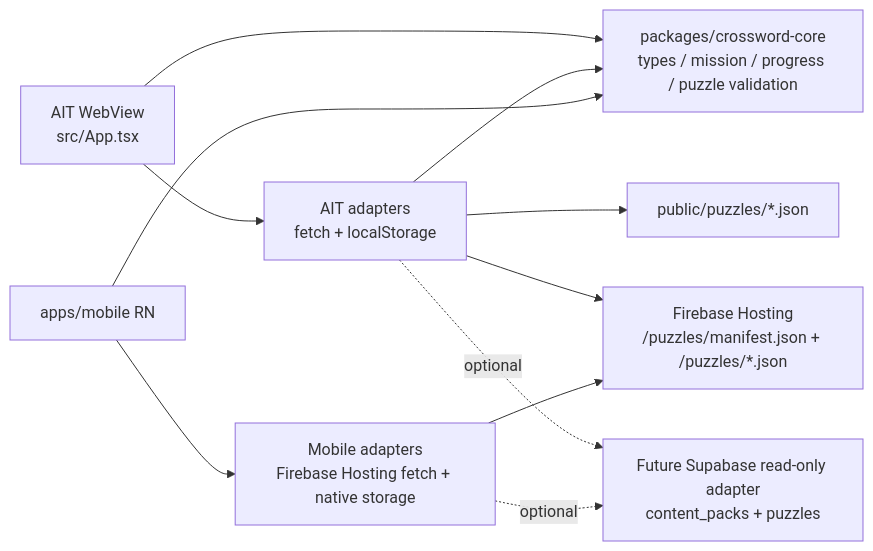
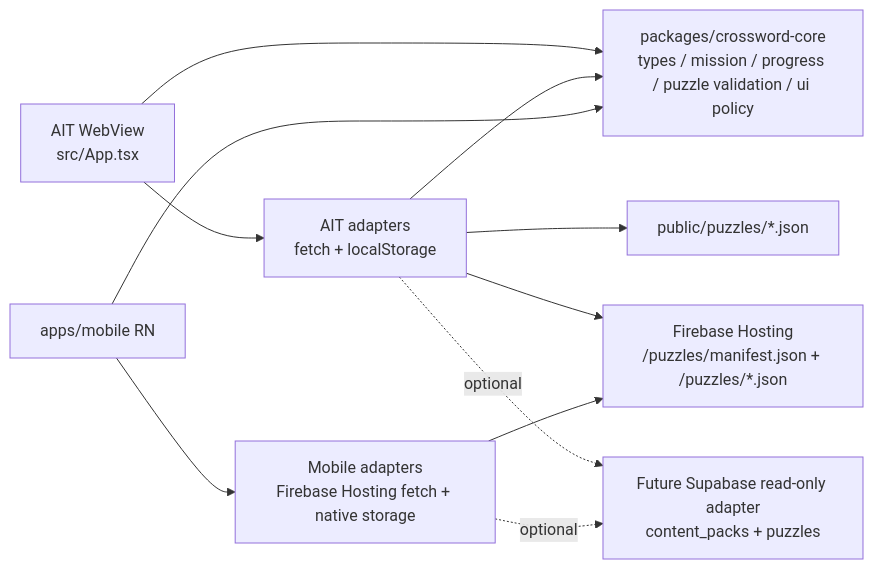
One commit to seorilabs/crossword-puzzle changed the second of 3 diagrams in docs/architecture.md. Above: the diagram before and after it, drawn with Mermaid. The commit also changed other lines of this file and 12 other files, not shown here.

````diff
--- a/docs/architecture.md
+++ b/docs/architecture.md
@@ -41,21 +41,21 @@
 ```mermaid
 flowchart LR
-  Core["packages/crossword-core<br/>types / mission / progress / puzzle validation"]
+  Core["packages/crossword-core<br/>types / mission / progress / puzzle validation / ui policy"]
   AIT["AIT WebView<br/>src/App.tsx"]
   AITAdapters["AIT adapters<br/>fetch + localStorage"]
   FirebaseHosting["Firebase Hosting<br/>/puzzles/manifest.json + /puzzles/*.json"]
   SupabaseRead["Future Supabase read-only adapter<br/>content_packs + puzzles"]
   Mobile["apps/mobile RN"]
   MobileAdapters["Mobile adapters<br/>Firebase Hosting fetch + native storage"]
 
   AIT --> Core
   AIT --> AITAdapters
   AITAdapters --> Core
   AITAdapters --> Static["public/puzzles/*.json"]
   AITAdapters --> FirebaseHosting
   AITAdapters -. optional .-> SupabaseRead
   Mobile --> Core
   Mobile --> MobileAdapters
   MobileAdapters --> FirebaseHosting
   MobileAdapters -. optional .-> SupabaseRead
 ```
````
